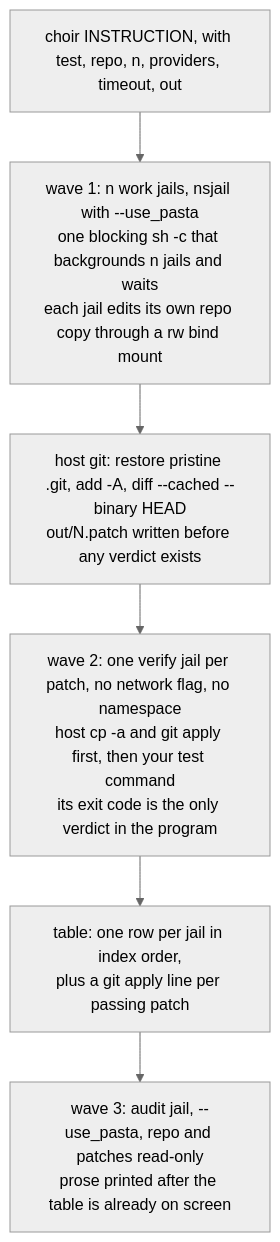
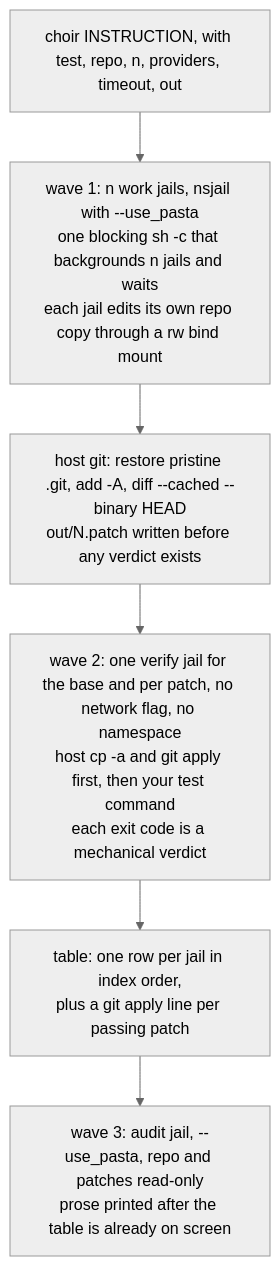
Before and after one commit to brickfrog/choir: the diagram in docs/architecture.md, drawn with Mermaid (neutral theme). The commit also changed 7 other files, not shown here.

````diff
--- a/docs/architecture.md
+++ b/docs/architecture.md
@@ -3,9 +3,9 @@
 ```mermaid
 flowchart TD
   CLI["choir INSTRUCTION, with test, repo, n, providers, timeout, out"]
   CLI --> W["wave 1: n work jails, nsjail with --use_pasta<br/>one blocking sh -c that backgrounds n jails and waits<br/>each jail edits its own repo copy through a rw bind mount"]
   W --> P["host git: restore pristine .git, add -A, diff --cached --binary HEAD<br/>out/N.patch written before any verdict exists"]
-  P --> V["wave 2: one verify jail per patch, no network flag, no namespace<br/>host cp -a and git apply first, then your test command<br/>its exit code is the only verdict in the program"]
+  P --> V["wave 2: one verify jail for the base and per patch, no network flag, no namespace<br/>host cp -a and git apply first, then your test command<br/>each exit code is a mechanical verdict"]
   V --> T["table: one row per jail in index order,<br/>plus a git apply line per passing patch"]
   T --> A["wave 3: audit jail, --use_pasta, repo and patches read-only<br/>prose printed after the table is already on screen"]
 ```
````
